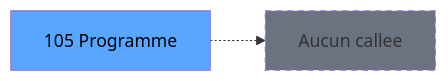
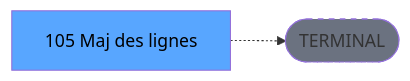
One commit to thonyAGP/lecteur-magic changed the third of 3 diagrams in .openspec/renders/ADH-IDE-105.md. Above: the diagram before and after it, drawn with Mermaid. The commit also changed other lines of this file and 701 other files, not shown here.

````diff
--- a/.openspec/renders/ADH-IDE-105.md
+++ b/.openspec/renders/ADH-IDE-105.md
@@ -159,8 +137,8 @@
 ```mermaid
 graph LR
-    T[105 Programme]
-    NONE[Aucun callee]
-    T -.-> NONE
+    T[105 Maj des lignes ]
+    TERM([TERMINAL])
+    T -.-> TERM
+    style TERM fill:#6b7280,stroke-dasharray: 5 5
     style T fill:#58a6ff,color:#000
-    style NONE fill:#6b7280,stroke-dasharray: 5 5
 ```
````
